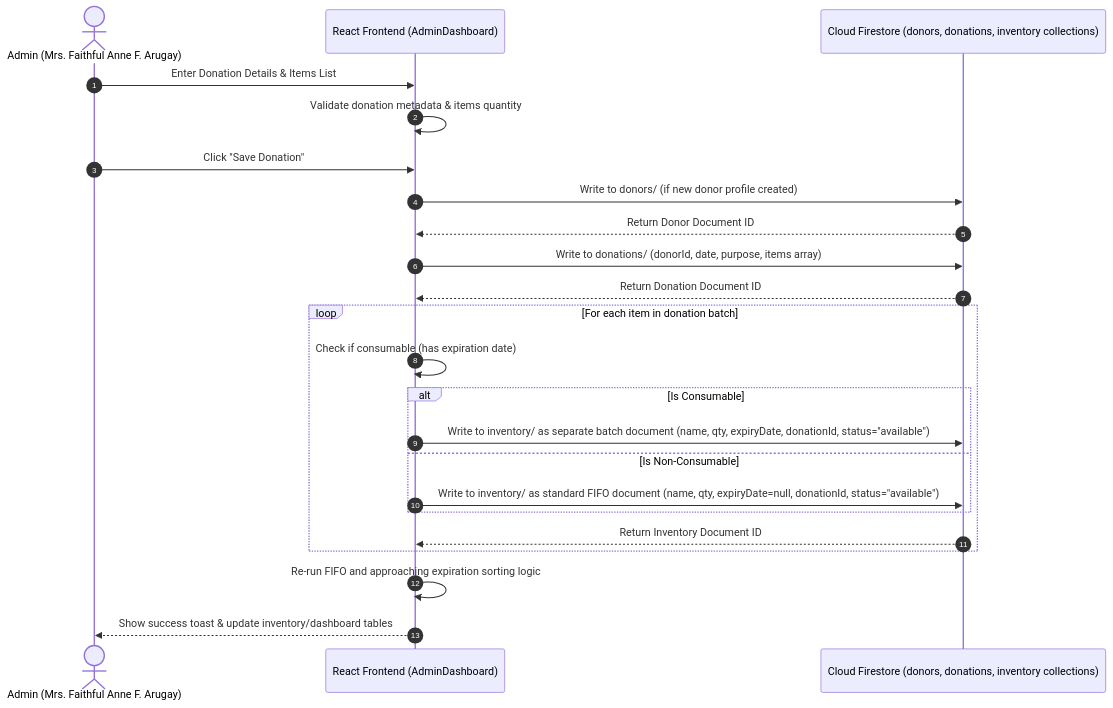
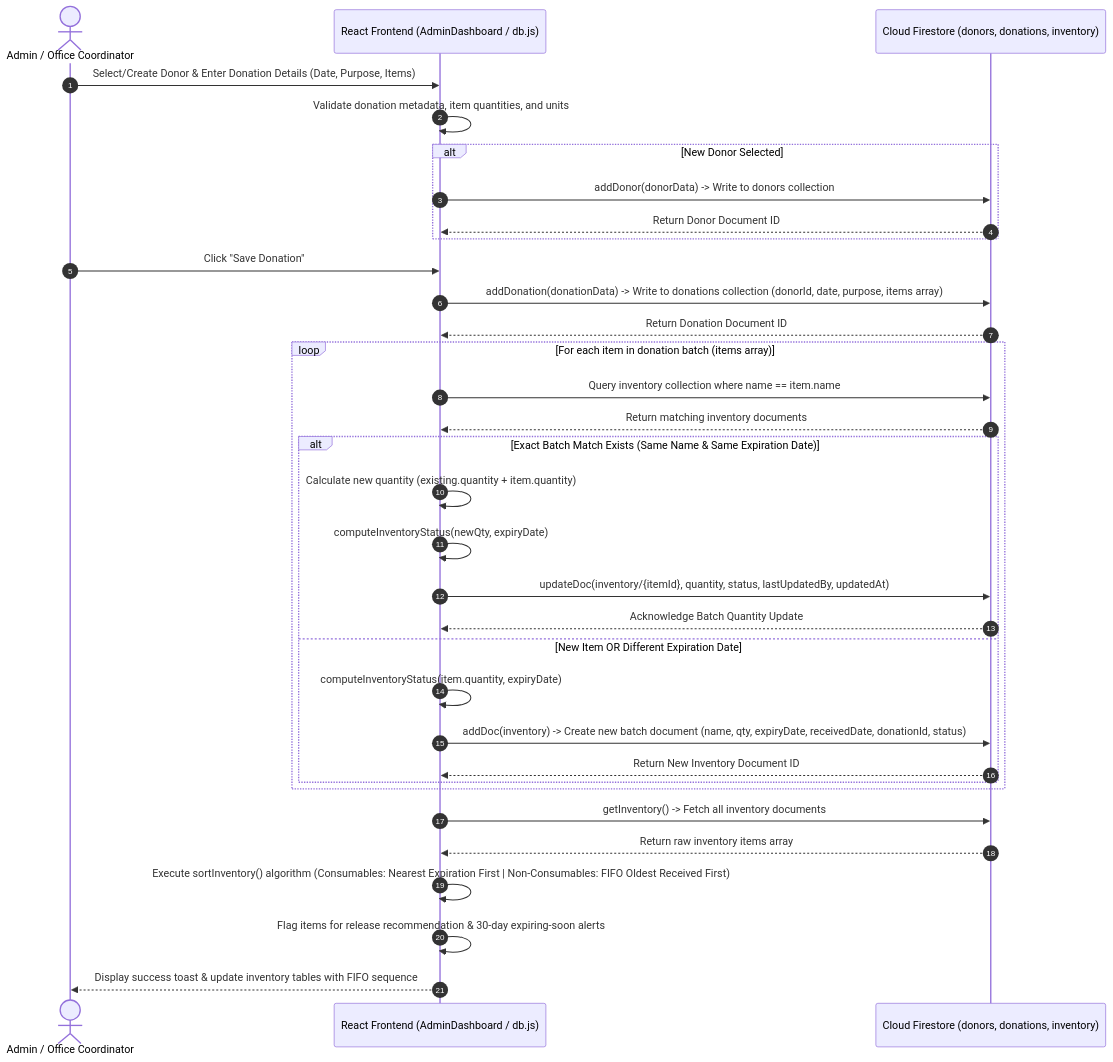
One commit to BenidictJustin/DESKTOP-APP changed the ninth of 10 diagrams in docs/MANUSCRIPT.md. Above: the diagram before and after it, drawn with Mermaid. The commit also changed other lines of this file and 22 other files, not shown here.

Commit message:
Update drawio diagrams, docs, electron main process, components and dashboards

````diff
--- a/docs/MANUSCRIPT.md
+++ b/docs/MANUSCRIPT.md
@@ -891,30 +891,41 @@
 ```mermaid
 sequenceDiagram
     autonumber
-    actor Admin as Admin (Mrs. Faithful Anne F. Arugay)
-    participant UI as React Frontend (AdminDashboard)
-    participant FS as Cloud Firestore (donors, donations, inventory collections)
+    actor Admin as Admin / Office Coordinator
+    participant UI as React Frontend (AdminDashboard / db.js)
+    participant FS as Cloud Firestore (donors, donations, inventory)
 
-    Admin->>UI: Enter Donation Details & Items List
-    UI->>UI: Validate donation metadata & items quantity
+    Admin->>UI: Select/Create Donor & Enter Donation Details (Date, Purpose, Items)
+    UI->>UI: Validate donation metadata, item quantities, and units
     
-    Admin->>UI: Click "Save Donation"
-    UI->>FS: Write to donors/ (if new donor profile created)
-    FS-->>UI: Return Donor Document ID
-    
-    UI->>FS: Write to donations/ (donorId, date, purpose, items array)
-    FS-->>UI: Return Donation Document ID
-    
-    loop For each item in donation batch
-        UI->>UI: Check if consumable (has expiration date)
-        alt Is Consumable
-            UI->>FS: Write to inventory/ as separate batch document (name, qty, expiryDate, donationId, status="available")
-        else Is Non-Consumable
-            UI->>FS: Write to inventory/ as standard FIFO document (name, qty, expiryDate=null, donationId, status="available")
-        end
-        FS-->>UI: Return Inventory Document ID
+    alt New Donor Selected
+        UI->>FS: addDonor(donorData) -> Write to donors collection
+        FS-->>UI: Return Donor Document ID
     end
 
-    UI->>UI: Re-run FIFO and approaching expiration sorting logic
-    UI-->>Admin: Show success toast & update inventory/dashboard tables
+    Admin->>UI: Click "Save Donation"
+    UI->>FS: addDonation(donationData) -> Write to donations collection (donorId, date, purpose, items array)
+    FS-->>UI: Return Donation Document ID
+
+    loop For each item in donation batch (items array)
+        UI->>FS: Query inventory collection where name == item.name
+        FS-->>UI: Return matching inventory documents
+
+        alt Exact Batch Match Exists (Same Name & Same Expiration Date)
+            UI->>UI: Calculate new quantity (existing.quantity + item.quantity)
+            UI->>UI: computeInventoryStatus(newQty, expiryDate)
+            UI->>FS: updateDoc(inventory/{itemId}, quantity, status, lastUpdatedBy, updatedAt)
+            FS-->>UI: Acknowledge Batch Quantity Update
+        else New Item OR Different Expiration Date
+            UI->>UI: computeInventoryStatus(item.quantity, expiryDate)
+            UI->>FS: addDoc(inventory) -> Create new batch document (name, qty, expiryDate, receivedDate, donationId, status)
+            FS-->>UI: Return New Inventory Document ID
+        end
+    end
+
+    UI->>FS: getInventory() -> Fetch all inventory documents
+    FS-->>UI: Return raw inventory items array
+    UI->>UI: Execute sortInventory() algorithm (Consumables: Nearest Expiration First | Non-Consumables: FIFO Oldest Received First)
+    UI->>UI: Flag items for release recommendation & 30-day expiring-soon alerts
+    UI-->>Admin: Display success toast & update inventory tables with FIFO sequence
 ```
````
